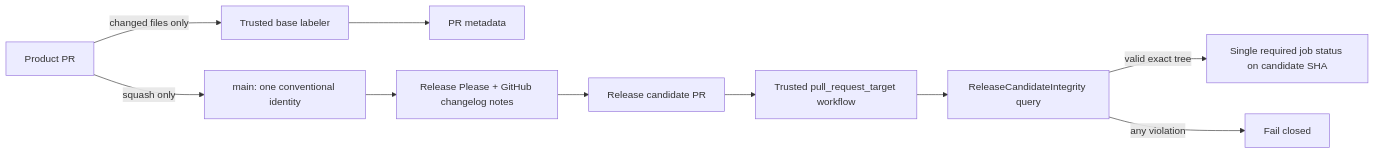
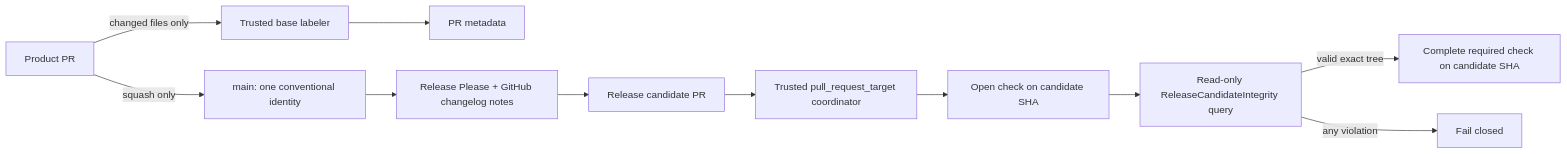
One commit to dunay2/dvt changed the second of 4 diagrams in docs/architecture/components/ci-governance/ci-delivery-governance-component.md. Above: the diagram before and after it, drawn with Mermaid. The commit also changed other lines of this file and 8 other files, not shown here.

Commit message:
fix(ci): Publish release integrity on candidate head

````diff
--- a/docs/architecture/components/ci-governance/ci-delivery-governance-component.md
+++ b/docs/architecture/components/ci-governance/ci-delivery-governance-component.md
@@ -105,12 +106,13 @@
 ```mermaid
 flowchart LR
   ProductPR[Product PR] -->|squash only| Main[main: one conventional identity]
   ProductPR -->|changed files only| TrustedLabeler[Trusted base labeler]
   TrustedLabeler --> Labels[PR metadata]
   Main --> ReleasePlease[Release Please + GitHub changelog notes]
   ReleasePlease --> Candidate[Release candidate PR]
-  Candidate --> TrustedWorkflow[Trusted pull_request_target workflow]
-  TrustedWorkflow --> Integrity[ReleaseCandidateIntegrity query]
-  Integrity -->|valid exact tree| Check[Single required job status on candidate SHA]
+  Candidate --> TrustedWorkflow[Trusted pull_request_target coordinator]
+  TrustedWorkflow --> BeginCheck[Open check on candidate SHA]
+  BeginCheck --> Integrity[Read-only ReleaseCandidateIntegrity query]
+  Integrity -->|valid exact tree| Check[Complete required check on candidate SHA]
   Integrity -->|any violation| Block[Fail closed]
 ```
````
